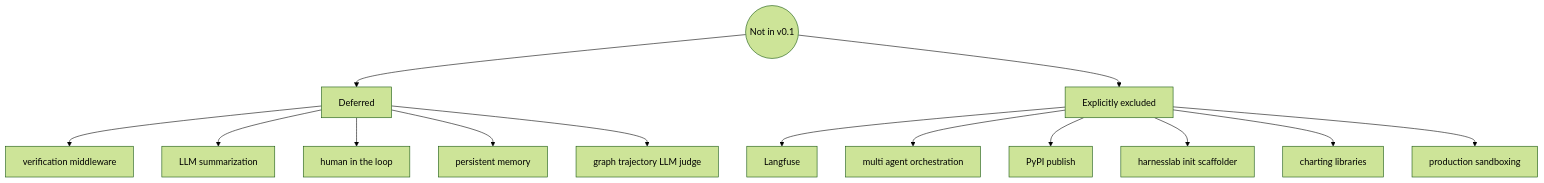
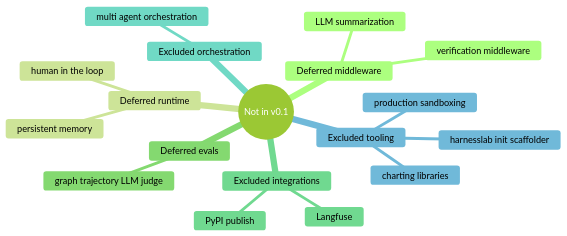
The seventh of 7 diagrams in README.md (HOSH19/HarnessLab), drawn with Mermaid (forest theme) before and after one commit. The commit also changed 1 other file, not shown here.

Commit message:
Restore out-of-scope mindmap diagrams matching in-scope style.
Use multiple top-level branches so GitHub Mermaid links all clusters to
the root instead of orphaning the first sibling in two-branch layouts.

````diff
--- a/README.md
+++ b/README.md
@@ -168,19 +168,21 @@
 ```mermaid
-flowchart TB
-    Root((Not in v0.1))
-    Root --> Deferred[Deferred]
-    Root --> Excluded[Explicitly excluded]
-
-    Deferred --> D1[verification middleware]
-    Deferred --> D2[LLM summarization]
-    Deferred --> D3[human in the loop]
-    Deferred --> D4[persistent memory]
-    Deferred --> D5[graph trajectory LLM judge]
-
-    Excluded --> E1[Langfuse]
-    Excluded --> E2[multi agent orchestration]
-    Excluded --> E3[PyPI publish]
-    Excluded --> E4[harnesslab init scaffolder]
-    Excluded --> E5[charting libraries]
-    Excluded --> E6[production sandboxing]
+mindmap
+  root((Not in v0.1))
+    Deferred middleware
+      verification middleware
+      LLM summarization
+    Deferred runtime
+      human in the loop
+      persistent memory
+    Deferred evals
+      graph trajectory LLM judge
+    Excluded integrations
+      Langfuse
+      PyPI publish
+    Excluded orchestration
+      multi agent orchestration
+    Excluded tooling
+      harnesslab init scaffolder
+      charting libraries
+      production sandboxing
 ```
````
